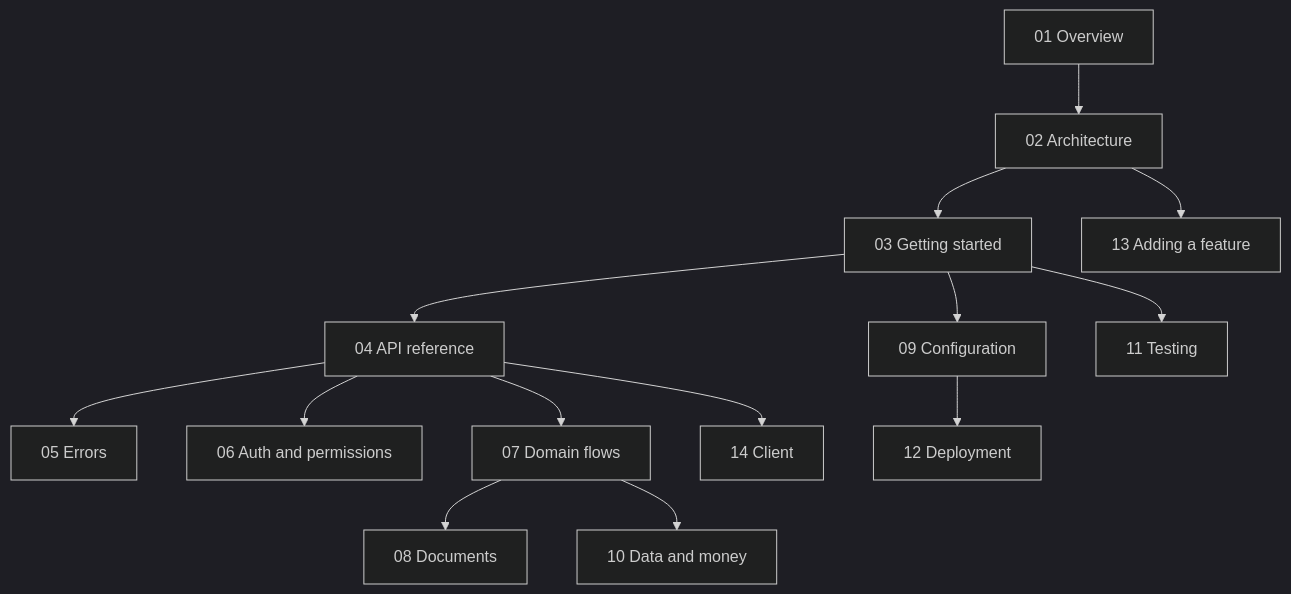
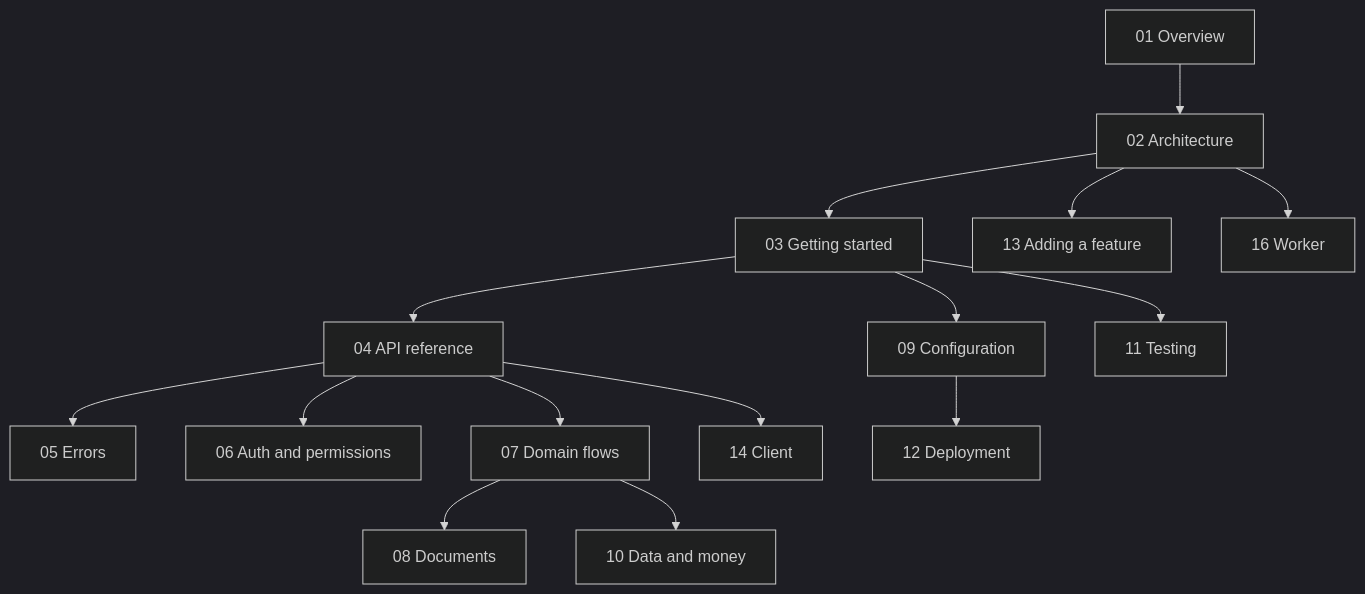
The diagram in docs/README.md (mgpl-diagnostics/api), drawn with Mermaid (dark theme) before and after one commit. The commit also changed other lines of this file and 40 other files, not shown here.

````diff
--- a/docs/README.md
+++ b/docs/README.md
@@ -5,16 +5,17 @@
 ```mermaid
 flowchart TD
   A["01 Overview"] --> B["02 Architecture"]
   B --> C["03 Getting started"]
   C --> D["04 API reference"]
   D --> E["05 Errors"]
   D --> F["06 Auth and permissions"]
   D --> G["07 Domain flows"]
   G --> H["08 Documents"]
   C --> I["09 Configuration"]
   G --> J["10 Data and money"]
   C --> K["11 Testing"]
   I --> L["12 Deployment"]
   B --> M["13 Adding a feature"]
   D --> N["14 Client"]
+  B --> O["16 Worker"]
 ```
````
